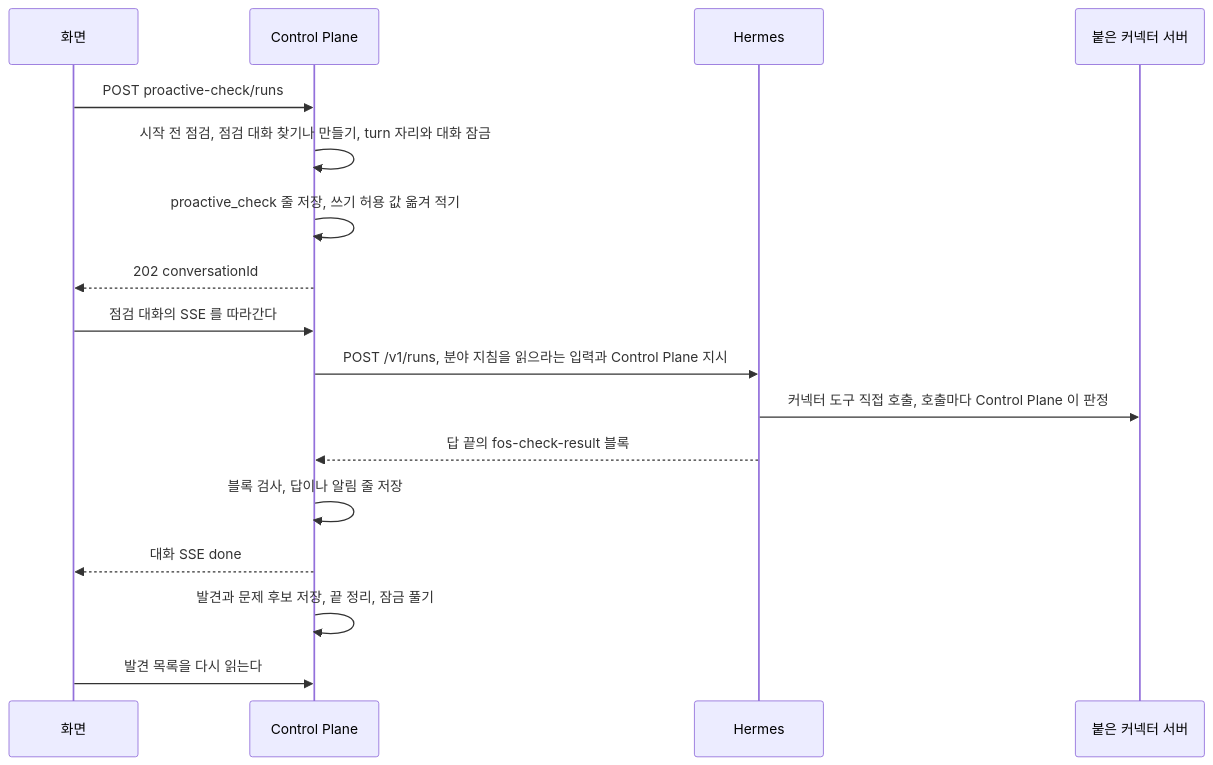
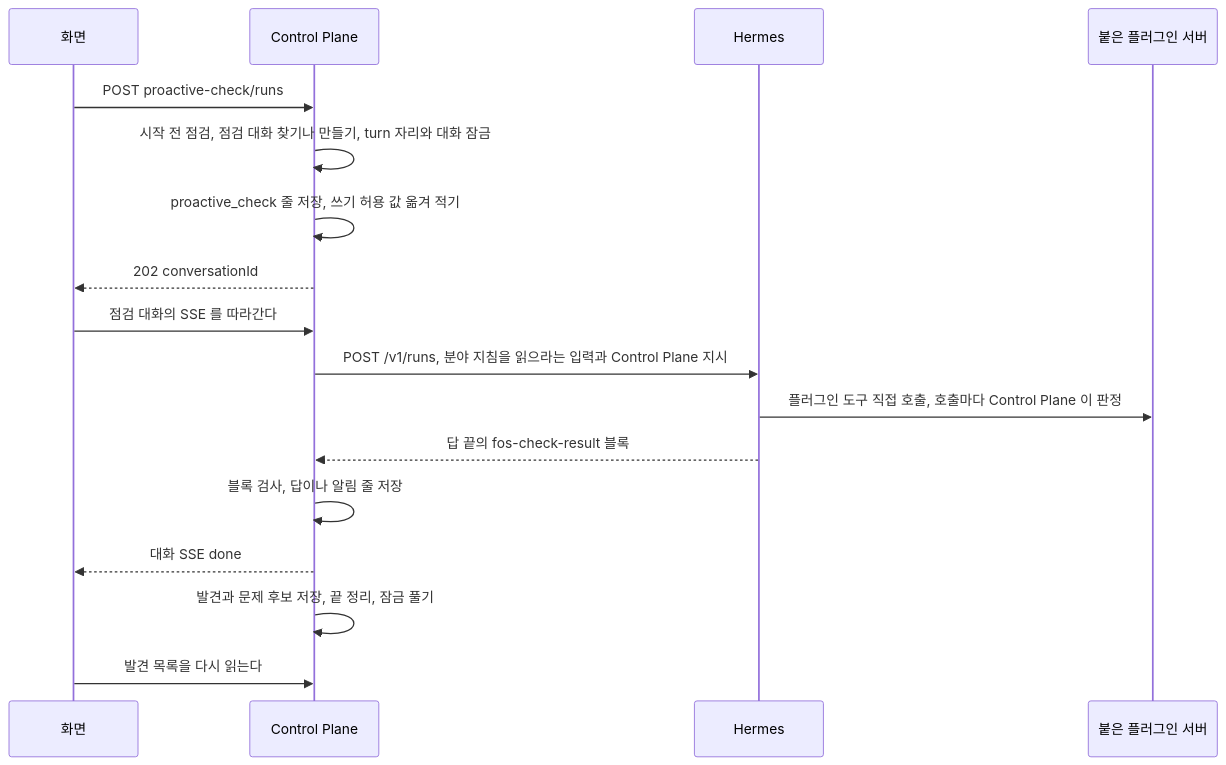
Before and after one commit to jon890/fos-assistant: the diagram in docs/features/proactive.md, drawn with Mermaid. The commit also changed other lines of this file and 26 other files, not shown here.

First line of the commit message:
docs(docs): 문서와 용어표의 「커넥터」 를 「플러그인」 으로 바꾼다

````diff
--- a/docs/features/proactive.md
+++ b/docs/features/proactive.md
@@ -125,19 +125,19 @@
 ```mermaid
 sequenceDiagram
     participant W as 화면
     participant C as Control Plane
     participant H as Hermes
-    participant D as 붙은 커넥터 서버
+    participant D as 붙은 플러그인 서버
     W->>C: POST proactive-check/runs
     C->>C: 시작 전 점검, 점검 대화 찾기나 만들기, turn 자리와 대화 잠금
     C->>C: proactive_check 줄 저장, 쓰기 허용 값 옮겨 적기
     C-->>W: 202 conversationId
     W->>C: 점검 대화의 SSE 를 따라간다
     C->>H: POST /v1/runs, 분야 지침을 읽으라는 입력과 Control Plane 지시
-    H->>D: 커넥터 도구 직접 호출, 호출마다 Control Plane 이 판정
+    H->>D: 플러그인 도구 직접 호출, 호출마다 Control Plane 이 판정
     H-->>C: 답 끝의 fos-check-result 블록
     C->>C: 블록 검사, 답이나 알림 줄 저장
     C-->>W: 대화 SSE done
     C->>C: 발견과 문제 후보 저장, 끝 정리, 잠금 풀기
     W->>C: 발견 목록을 다시 읽는다
 ```
````
